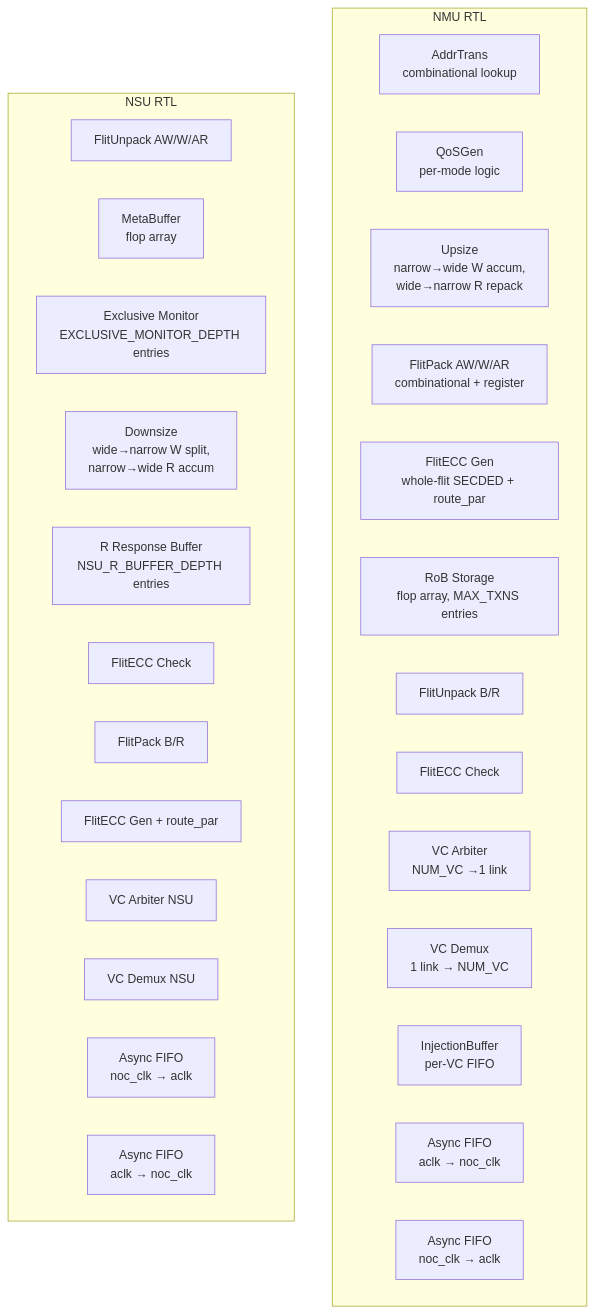
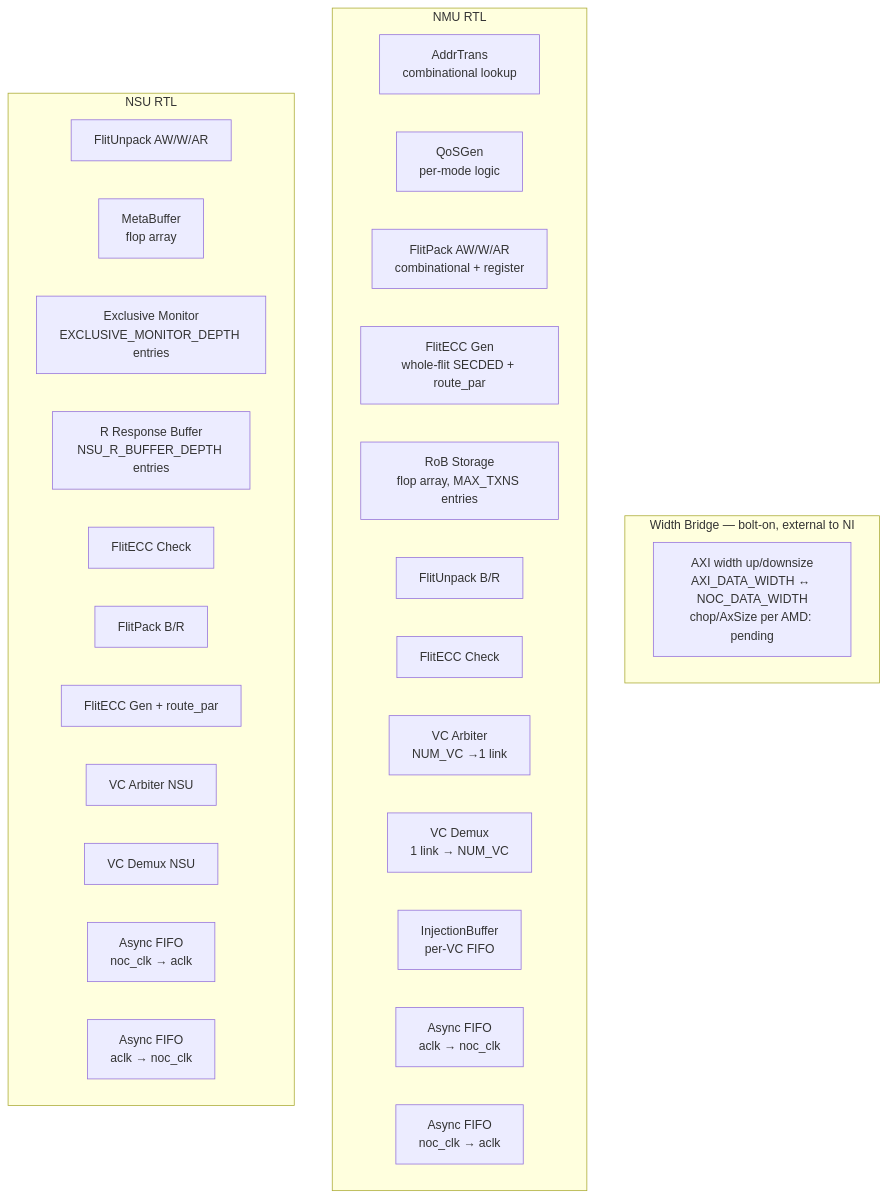
Before and after one commit to changlukas/noc-sim: the second of 2 diagrams in spec/ni/doc/theory_of_operation.md, drawn with Mermaid. The commit also changed other lines of this file and 8 other files, not shown here.

First line of the commit message:
spec(ni): bolt-on Width Bridge width conversion + NI spec sync

````diff
--- a/spec/ni/doc/theory_of_operation.md
+++ b/spec/ni/doc/theory_of_operation.md
@@ -482,32 +481,33 @@
 ```mermaid
 flowchart TB
+    subgraph WBRIDGE[Width Bridge — bolt-on, external to NI]
+        WB[AXI width up/downsize<br>AXI_DATA_WIDTH ↔ NOC_DATA_WIDTH<br>chop/AxSize per AMD: pending]
+    end
     subgraph NMU_RTL[NMU RTL]
         ATX[AddrTrans<br>combinational lookup]
         QGEN[QoSGen<br>per-mode logic]
-        UPSZ[Upsize<br>narrow→wide W accum,<br>wide→narrow R repack]
         FPK[FlitPack AW/W/AR<br>combinational + register]
         EGEN[FlitECC Gen<br>whole-flit SECDED + route_par]
         ROB_RTL[RoB Storage<br>flop array, MAX_TXNS entries]
         FUP[FlitUnpack B/R]
         ECHK[FlitECC Check]
         VCARB_O[VC Arbiter<br>NUM_VC →1 link]
         VCDMX_I[VC Demux<br>1 link → NUM_VC]
         IBF[InjectionBuffer<br>per-VC FIFO]
         CDC_F1[Async FIFO<br>aclk → noc_clk]
         CDC_F2[Async FIFO<br>noc_clk → aclk]
     end
     subgraph NSU_RTL[NSU RTL]
         FUP_S[FlitUnpack AW/W/AR]
         MBF[MetaBuffer<br>flop array]
         EXCMON[Exclusive Monitor<br>EXCLUSIVE_MONITOR_DEPTH entries]
-        DNSZ[Downsize<br>wide→narrow W split,<br>narrow→wide R accum]
         RRSP[R Response Buffer<br>NSU_R_BUFFER_DEPTH entries]
         ECHK_S[FlitECC Check]
         FPK_S[FlitPack B/R]
         EGEN_S[FlitECC Gen + route_par]
         VCARB_S[VC Arbiter NSU]
         VCDMX_S[VC Demux NSU]
         CDC_F3[Async FIFO<br>noc_clk → aclk]
         CDC_F4[Async FIFO<br>aclk → noc_clk]
     end
 ```
````
